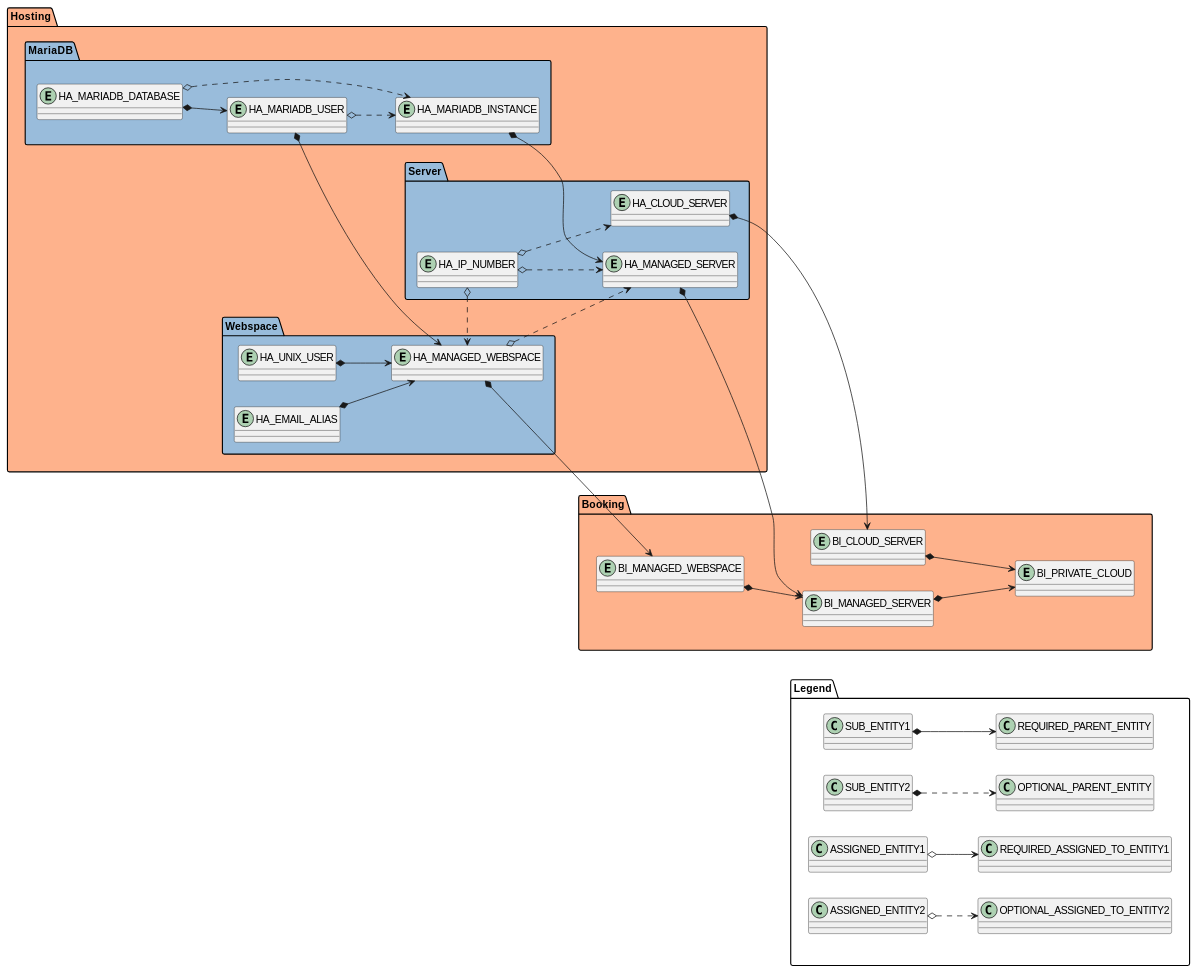
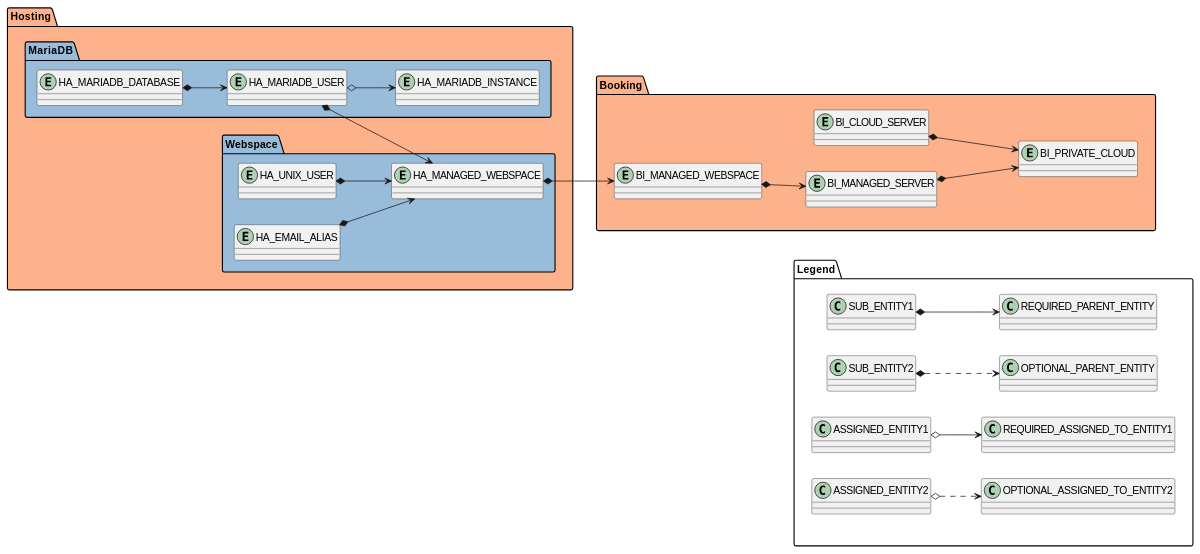
One commit to mhoennig/hs.hsadmin.ng changed the third of 4 diagrams in doc/hs-hosting-asset-type-structure.md. Above: the diagram before and after it, drawn with PlantUML. The commit also changed other lines of this file and 17 other files, not shown here.

````diff
--- a/doc/hs-hosting-asset-type-structure.md
+++ b/doc/hs-hosting-asset-type-structure.md
@@ -76,59 +119,45 @@
 ```plantuml
 @startuml
 left to right direction
 
 package Booking #feb28c {
     entity BI_PRIVATE_CLOUD
     entity BI_CLOUD_SERVER
     entity BI_MANAGED_SERVER
     entity BI_MANAGED_WEBSPACE
 }
 
 package Hosting #feb28c{
     package MariaDB #99bcdb {
         entity HA_MARIADB_INSTANCE
         entity HA_MARIADB_USER
         entity HA_MARIADB_DATABASE
     }
 
-    package Server #99bcdb {
-        entity HA_CLOUD_SERVER
-        entity HA_MANAGED_SERVER
-        entity HA_IP_NUMBER
-    }
-
     package Webspace #99bcdb {
         entity HA_MANAGED_WEBSPACE
         entity HA_UNIX_USER
         entity HA_EMAIL_ALIAS
     }
 
 }
 
 BI_CLOUD_SERVER *--> BI_PRIVATE_CLOUD
 BI_MANAGED_SERVER *--> BI_PRIVATE_CLOUD
 BI_MANAGED_WEBSPACE *--> BI_MANAGED_SERVER
 
-HA_CLOUD_SERVER *==> BI_CLOUD_SERVER
-HA_MANAGED_SERVER *==> BI_MANAGED_SERVER
 HA_MANAGED_WEBSPACE *==> BI_MANAGED_WEBSPACE
-HA_MANAGED_WEBSPACE o..> HA_MANAGED_SERVER
 HA_UNIX_USER *==> HA_MANAGED_WEBSPACE
 HA_EMAIL_ALIAS *==> HA_MANAGED_WEBSPACE
-HA_MARIADB_INSTANCE *==> HA_MANAGED_SERVER
 HA_MARIADB_USER *==> HA_MANAGED_WEBSPACE
-HA_MARIADB_USER o..> HA_MARIADB_INSTANCE
+HA_MARIADB_USER o--> HA_MARIADB_INSTANCE
 HA_MARIADB_DATABASE *==> HA_MARIADB_USER
-HA_MARIADB_DATABASE o..> HA_MARIADB_INSTANCE
-HA_IP_NUMBER o..> HA_CLOUD_SERVER
-HA_IP_NUMBER o..> HA_MANAGED_SERVER
-HA_IP_NUMBER o..> HA_MANAGED_WEBSPACE
 
 package Legend #white {
     SUB_ENTITY1 *--> REQUIRED_PARENT_ENTITY
     SUB_ENTITY2 *..> OPTIONAL_PARENT_ENTITY
     ASSIGNED_ENTITY1 o--> REQUIRED_ASSIGNED_TO_ENTITY1
     ASSIGNED_ENTITY2 o..> OPTIONAL_ASSIGNED_TO_ENTITY2
 }
 Booking -down[hidden]->Legend
 ```
````
